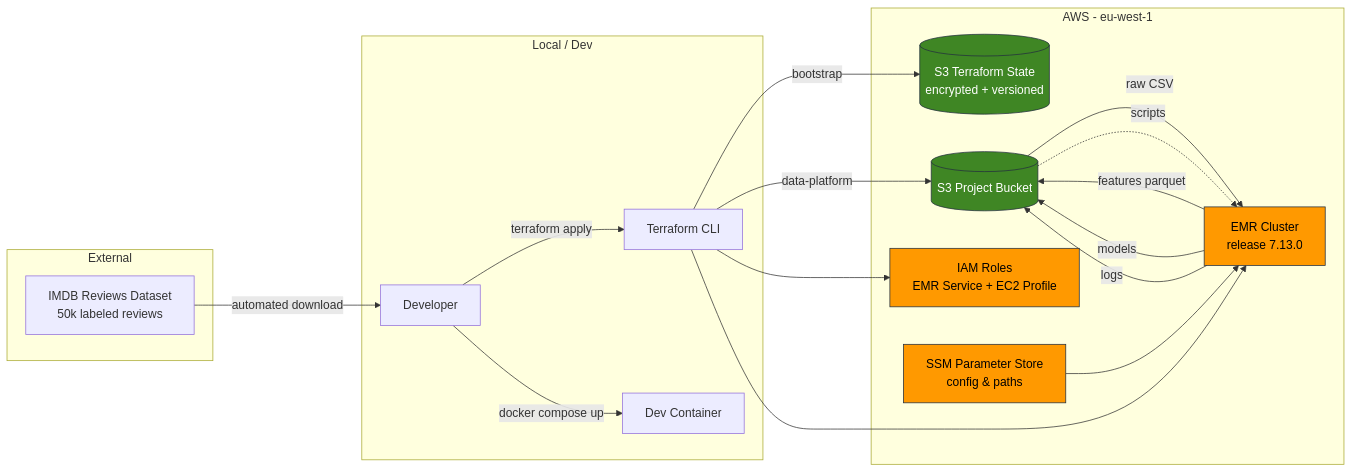
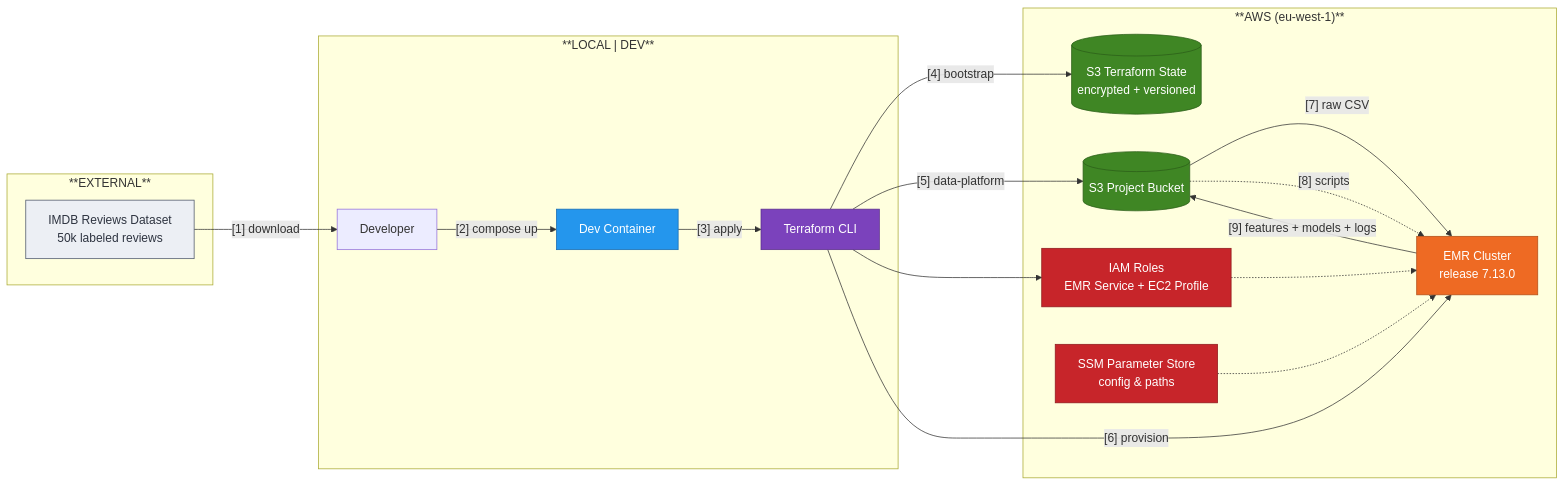
One commit to mzanferrari/imdb-sentiment-terraform-pyspark-emr changed the diagram in README.md. Above: the diagram before and after it, drawn with Mermaid. The commit also changed other lines of this file and 5 other files, not shown here.

First line of the commit message:
docs: add architecture diagram as code with AWS icons

````diff
--- a/README.md
+++ b/README.md
@@ -45,32 +52,44 @@
 ```mermaid
 flowchart LR
-    subgraph "Local / Dev"
-        Dev[Developer] -->|terraform apply| TF[Terraform CLI]
-        Dev -->|docker compose up| Dock[Dev Container]
+    subgraph EXT["**EXTERNAL**"]
+        IMDB[IMDB Reviews Dataset<br/>50k labeled reviews]
     end
+    subgraph DEV["**LOCAL | DEV**"]
+        Dev[Developer]
+        Dock[Dev Container]
+        TF[Terraform CLI]
+    end
+    subgraph AWS["**AWS (eu-west-1)**"]
+        StateBkt[(S3 Terraform State<br/>encrypted + versioned)]
+        AppBkt[(S3 Project Bucket)]
+        IAM[IAM Roles<br/>EMR Service + EC2 Profile]
+        SSM[SSM Parameter Store<br/>config & paths]
+        EMR[EMR Cluster<br/>release 7.13.0]
+    end
+    IMDB -->|"[1] download"| Dev
+    Dev -->|"[2] compose up"| Dock
+    Dock -->|"[3] apply"| TF
+    TF -->|"[4] bootstrap"| StateBkt
+    TF -->|"[5] data-platform"| AppBkt
+    TF --> IAM
+    TF -->|"[6] provision"| EMR
+    AppBkt -->|"[7] raw CSV"| EMR
+    AppBkt -.->|"[8] scripts"| EMR
+    EMR -->|"[9] features + models + logs"| AppBkt
+    IAM -.-> EMR
+    SSM -.-> EMR
 
-    subgraph "AWS - eu-west-1"
-        TF -->|bootstrap| StateBkt[(S3 Terraform State<br/>encrypted + versioned)]
-        TF -->|data-platform| AppBkt[(S3 Project Bucket)]
-        TF --> IAM[IAM Roles<br/>EMR Service + EC2 Profile]
-        TF --> EMR[EMR Cluster<br/>release 7.13.0]
+    classDef dev fill:#2496ED,stroke:#1A6BB0,color:#fff
+    classDef iac fill:#7B42BC,stroke:#5A2E8C,color:#fff
+    classDef storage fill:#3F8624,stroke:#2C5E19,color:#fff
+    classDef compute fill:#EE6A23,stroke:#B14E18,color:#fff
+    classDef security fill:#C7252A,stroke:#8F1A1E,color:#fff
+    classDef external fill:#ECEFF4,stroke:#4C566A,color:#2E3440
 
-        AppBkt -->|raw CSV| EMR
-        AppBkt -.->|scripts| EMR
-        EMR -->|features parquet| AppBkt
-        EMR -->|models| AppBkt
-        EMR -->|logs| AppBkt
-
-        SSM[SSM Parameter Store<br/>config & paths] --> EMR
-    end
-
-    subgraph "External"
-        IMDB[IMDB Reviews Dataset<br/>50k labeled reviews]
-        IMDB -->|automated download| Dev
-    end
-
-    classDef aws fill:#FF9900,stroke:#232F3E,color:#000
-    classDef storage fill:#3F8624,stroke:#232F3E,color:#fff
-    class EMR,IAM,SSM aws
+    class Dock dev
+    class TF iac
     class StateBkt,AppBkt storage
+    class EMR compute
+    class IAM,SSM security
+    class IMDB external
 ```
````
